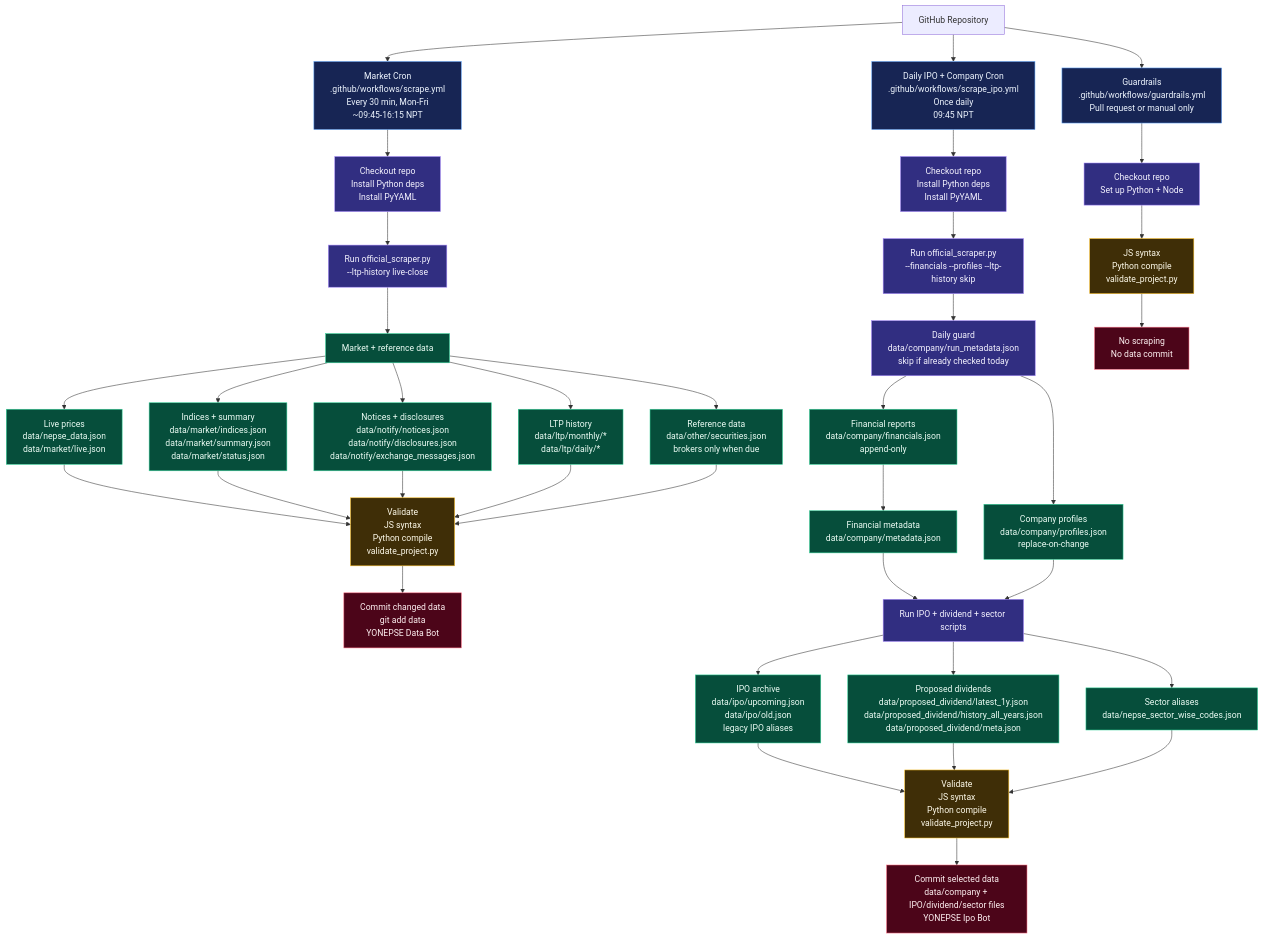
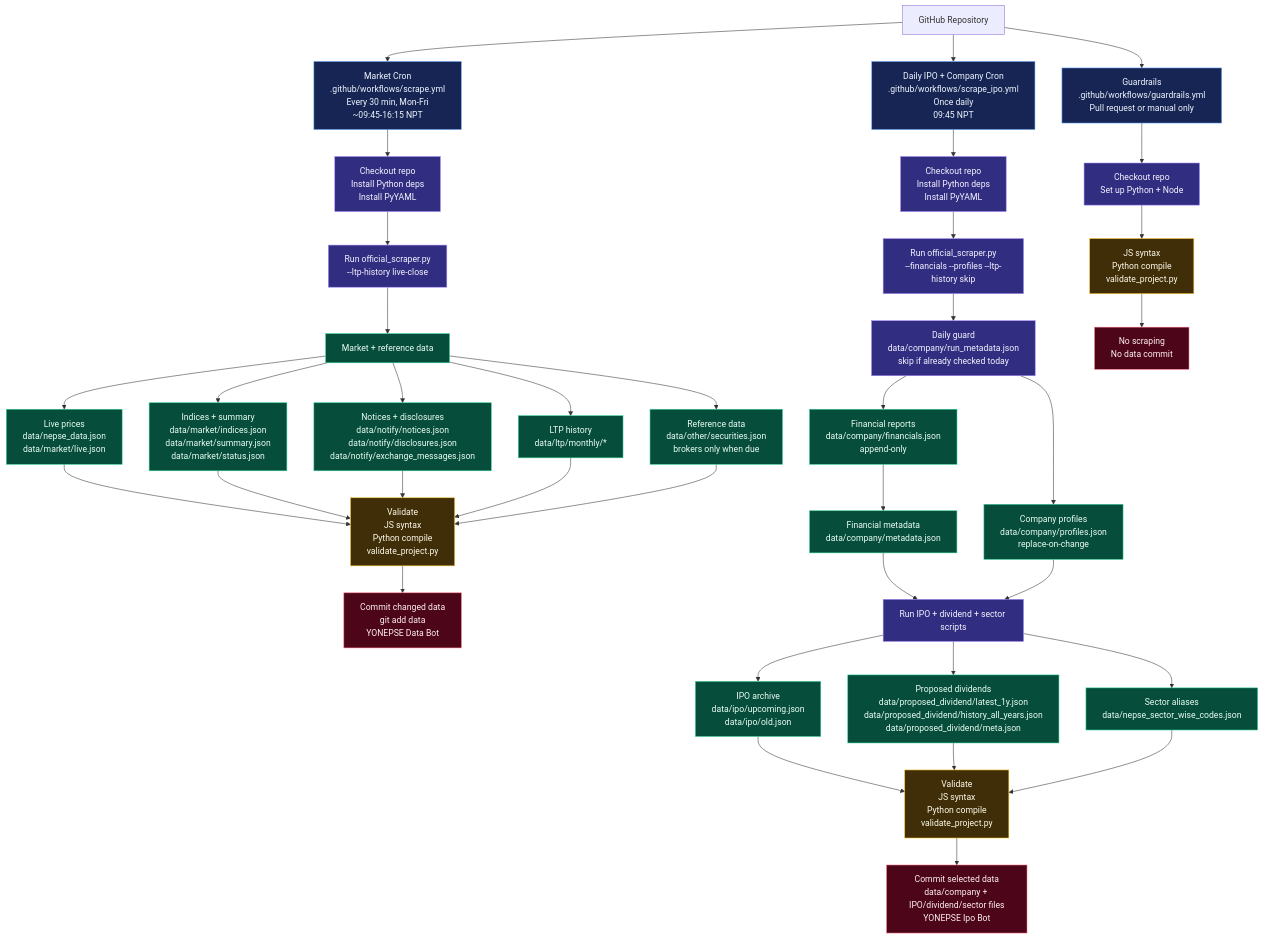
Before and after one commit to Shubhamnpk/yonepse: the diagram in WORKFLOW.md, drawn with Mermaid. The commit also changed 533 other files, not shown here.

First line of the commit message:
refactor: remove intraday LTP layer, add index history, new pages

````diff
--- a/WORKFLOW.md
+++ b/WORKFLOW.md
@@ -5,64 +5,64 @@
 ```mermaid
 flowchart TD
     Repo[GitHub Repository] --> MarketCron
     Repo --> DailyCron
     Repo --> Guardrails
 
     MarketCron["Market Cron<br/>.github/workflows/scrape.yml<br/>Every 30 min, Mon-Fri<br/>~09:45-16:15 NPT"]
     DailyCron["Daily IPO + Company Cron<br/>.github/workflows/scrape_ipo.yml<br/>Once daily<br/>09:45 NPT"]
     Guardrails["Guardrails<br/>.github/workflows/guardrails.yml<br/>Pull request or manual only"]
 
     MarketCron --> MarketSetup["Checkout repo<br/>Install Python deps<br/>Install PyYAML"]
     MarketSetup --> MarketRun["Run official_scraper.py<br/>--ltp-history live-close"]
 
     MarketRun --> MarketData["Market + reference data"]
     MarketData --> LiveFiles["Live prices<br/>data/nepse_data.json<br/>data/market/live.json"]
     MarketData --> IndexFiles["Indices + summary<br/>data/market/indices.json<br/>data/market/summary.json<br/>data/market/status.json"]
     MarketData --> NotifyFiles["Notices + disclosures<br/>data/notify/notices.json<br/>data/notify/disclosures.json<br/>data/notify/exchange_messages.json"]
-    MarketData --> LtpFiles["LTP history<br/>data/ltp/monthly/*<br/>data/ltp/daily/*"]
+    MarketData --> LtpFiles["LTP history<br/>data/ltp/monthly/*"]
     MarketData --> OtherFiles["Reference data<br/>data/other/securities.json<br/>brokers only when due"]
 
     LiveFiles --> MarketValidate
     IndexFiles --> MarketValidate
     NotifyFiles --> MarketValidate
     LtpFiles --> MarketValidate
     OtherFiles --> MarketValidate
 
     MarketValidate["Validate<br/>JS syntax<br/>Python compile<br/>validate_project.py"] --> MarketCommit["Commit changed data<br/>git add data<br/>YONEPSE Data Bot"]
 
     DailyCron --> DailySetup["Checkout repo<br/>Install Python deps<br/>Install PyYAML"]
     DailySetup --> CompanyRun["Run official_scraper.py<br/>--financials --profiles --ltp-history skip"]
 
     CompanyRun --> DailyGuard["Daily guard<br/>data/company/run_metadata.json<br/>skip if already checked today"]
     DailyGuard --> Financials["Financial reports<br/>data/company/financials.json<br/>append-only"]
     DailyGuard --> Profiles["Company profiles<br/>data/company/profiles.json<br/>replace-on-change"]
     Financials --> CompanyMeta["Financial metadata<br/>data/company/metadata.json"]
 
     CompanyMeta --> IpoRun
     Profiles --> IpoRun
     IpoRun["Run IPO + dividend + sector scripts"]
-    IpoRun --> IpoFiles["IPO archive<br/>data/ipo/upcoming.json<br/>data/ipo/old.json<br/>legacy IPO aliases"]
+    IpoRun --> IpoFiles["IPO archive<br/>data/ipo/upcoming.json<br/>data/ipo/old.json"]
     IpoRun --> DividendFiles["Proposed dividends<br/>data/proposed_dividend/latest_1y.json<br/>data/proposed_dividend/history_all_years.json<br/>data/proposed_dividend/meta.json"]
     IpoRun --> SectorFiles["Sector aliases<br/>data/nepse_sector_wise_codes.json"]
 
     IpoFiles --> DailyValidate
     DividendFiles --> DailyValidate
     SectorFiles --> DailyValidate
     DailyValidate["Validate<br/>JS syntax<br/>Python compile<br/>validate_project.py"] --> DailyCommit["Commit selected data<br/>data/company + IPO/dividend/sector files<br/>YONEPSE Ipo Bot"]
 
     Guardrails --> GuardSetup["Checkout repo<br/>Set up Python + Node"]
     GuardSetup --> GuardChecks["JS syntax<br/>Python compile<br/>validate_project.py"]
     GuardChecks --> NoCommit["No scraping<br/>No data commit"]
 
     classDef cron fill:#172554,stroke:#60a5fa,color:#eff6ff
     classDef run fill:#312e81,stroke:#a78bfa,color:#f5f3ff
     classDef data fill:#064e3b,stroke:#34d399,color:#ecfdf5
     classDef validate fill:#3f2e07,stroke:#fbbf24,color:#fffbeb
     classDef commit fill:#4c0519,stroke:#fb7185,color:#fff1f2
 
     class MarketCron,DailyCron,Guardrails cron
     class MarketRun,CompanyRun,IpoRun,MarketSetup,DailySetup,GuardSetup,DailyGuard run
     class MarketData,LiveFiles,IndexFiles,NotifyFiles,LtpFiles,OtherFiles,Financials,Profiles,CompanyMeta,IpoFiles,DividendFiles,SectorFiles data
     class MarketValidate,DailyValidate,GuardChecks validate
     class MarketCommit,DailyCommit,NoCommit commit
 ```
````
